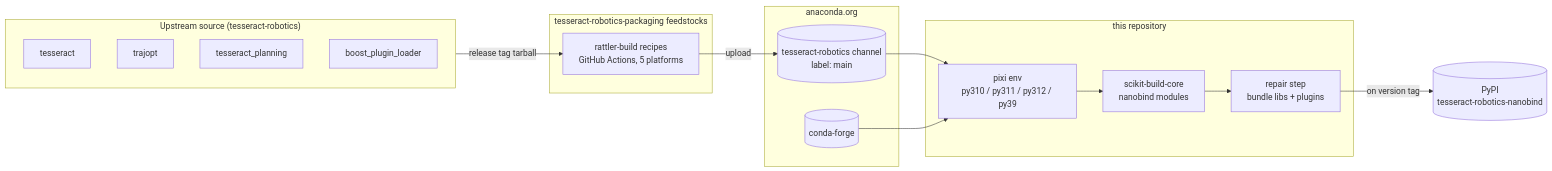
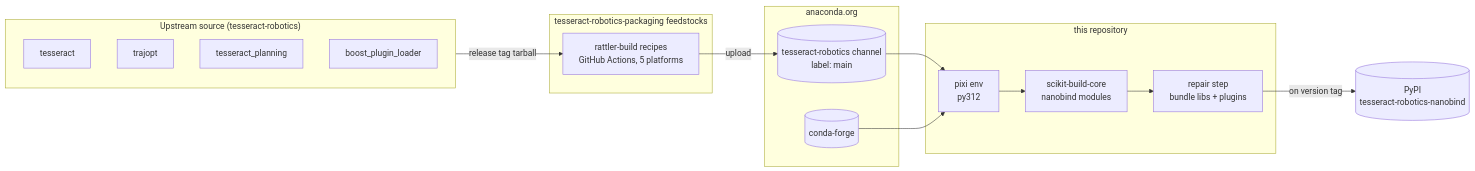
One commit to tesseract-robotics/tesseract_nanobind changed the first of 4 diagrams in docs/developer/binaries.md. Above: the diagram before and after it, drawn with Mermaid. The commit also changed other lines of this file and 5 other files, not shown here.

````diff
--- a/docs/developer/binaries.md
+++ b/docs/developer/binaries.md
@@ -18,28 +18,28 @@
 ```mermaid
 flowchart LR
     subgraph upstream["Upstream source (tesseract-robotics)"]
         T[tesseract]
         TR[trajopt]
         TP[tesseract_planning]
         BPL[boost_plugin_loader]
     end
     subgraph pkg["tesseract-robotics-packaging feedstocks"]
         F[rattler-build recipes<br/>GitHub Actions, 5 platforms]
     end
     subgraph chan["anaconda.org"]
         C[(tesseract-robotics channel<br/>label: main)]
         CF[(conda-forge)]
     end
     subgraph repo["this repository"]
-        P[pixi env<br/>py310 / py311 / py312 / py39]
+        P[pixi env<br/>py312]
         B[scikit-build-core<br/>nanobind modules]
         R[repair step<br/>bundle libs + plugins]
     end
     W[(PyPI<br/>tesseract-robotics-nanobind)]
 
     upstream -->|release tag tarball| F
     F -->|upload| C
     C --> P
     CF --> P
     P --> B --> R -->|on version tag| W
 ```
````
